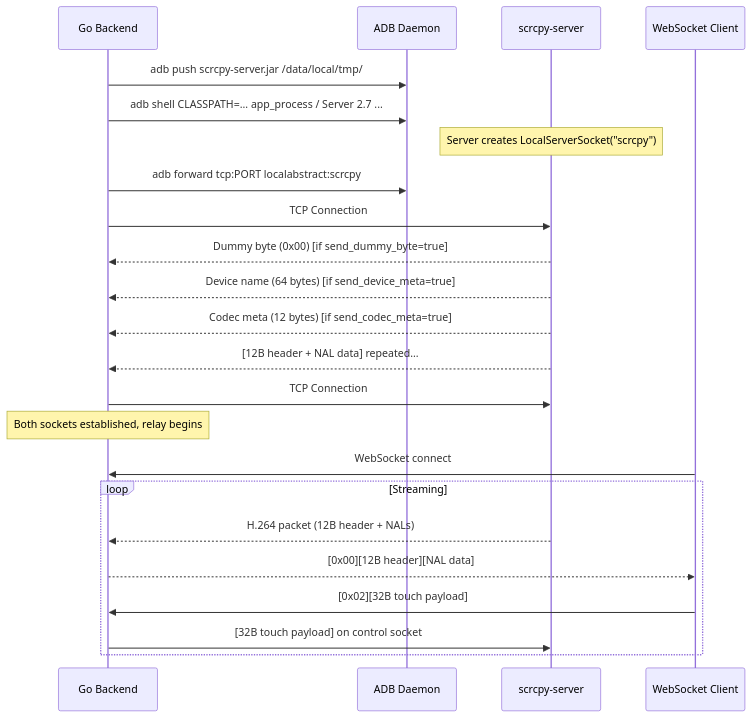
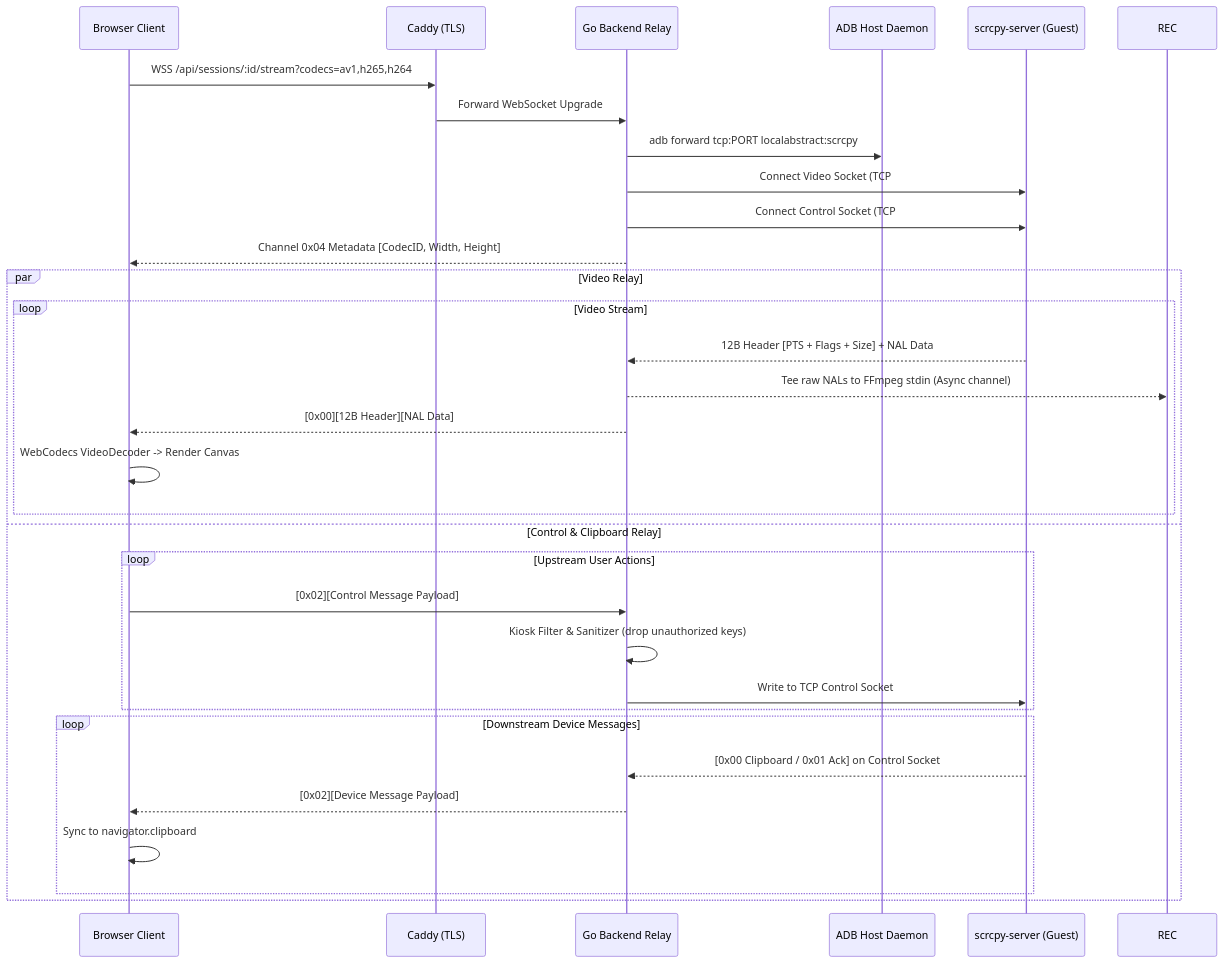
One commit to ayush-yadavv/android-browser-stream changed the second of 4 diagrams in IMPLEMENTATION_PLAN.md. Above: the diagram before and after it, drawn with Mermaid. The commit also changed other lines of this file and 81 other files, not shown here.

````diff
--- a/IMPLEMENTATION_PLAN.md
+++ b/IMPLEMENTATION_PLAN.md
@@ -77,29 +106,35 @@
 ```mermaid
 sequenceDiagram
-    participant Go as Go Backend
-    participant ADB as ADB Daemon
-    participant Scrcpy as scrcpy-server
-    participant WS as WebSocket Client
+    participant Browser as Browser Client
+    participant Caddy as Caddy (TLS)
+    participant Go as Go Backend Relay
+    participant ADB as ADB Host Daemon
+    participant Scrcpy as scrcpy-server (Guest)
 
-    Go->>ADB: adb push scrcpy-server.jar /data/local/tmp/
-    Go->>ADB: adb shell CLASSPATH=... app_process / Server 2.7 ...
-    Note over Scrcpy: Server creates LocalServerSocket("scrcpy")
+    Browser->>Caddy: WSS /api/sessions/:id/stream?codecs=av1,h265,h264
+    Caddy->>Go: Forward WebSocket Upgrade
     Go->>ADB: adb forward tcp:PORT localabstract:scrcpy
-
-    Go->>Scrcpy: TCP Connection #1 (Video Socket)
-    Scrcpy-->>Go: Dummy byte (0x00) [if send_dummy_byte=true]
-    Scrcpy-->>Go: Device name (64 bytes) [if send_device_meta=true]
-    Scrcpy-->>Go: Codec meta (12 bytes) [if send_codec_meta=true]
-    Scrcpy-->>Go: [12B header + NAL data] repeated...
-
-    Go->>Scrcpy: TCP Connection #2 (Control Socket)
-    Note over Go: Both sockets established, relay begins
-
-    WS->>Go: WebSocket connect
-    loop Streaming
-        Scrcpy-->>Go: H.264 packet (12B header + NALs)
-        Go-->>WS: [0x00][12B header][NAL data]
-        WS->>Go: [0x02][32B touch payload]
-        Go->>Scrcpy: [32B touch payload] on control socket
+    Go->>Scrcpy: Connect Video Socket (TCP #1)
+    Go->>Scrcpy: Connect Control Socket (TCP #2)
+    Go-->>Browser: Channel 0x04 Metadata [CodecID, Width, Height]
+    
+    par Video Relay
+        loop Video Stream
+            Scrcpy-->>Go: 12B Header [PTS + Flags + Size] + NAL Data
+            Go-->>REC: Tee raw NALs to FFmpeg stdin (Async channel)
+            Go-->>Browser: [0x00][12B Header][NAL Data]
+            Browser->>Browser: WebCodecs VideoDecoder -> Render Canvas
+        end
+    and Control & Clipboard Relay
+        loop Upstream User Actions
+            Browser->>Go: [0x02][Control Message Payload]
+            Go->>Go: Kiosk Filter & Sanitizer (drop unauthorized keys)
+            Go->>Scrcpy: Write to TCP Control Socket
+        end
+        loop Downstream Device Messages
+            Scrcpy-->>Go: [0x00 Clipboard / 0x01 Ack] on Control Socket
+            Go-->>Browser: [0x02][Device Message Payload]
+            Browser->>Browser: Sync to navigator.clipboard
+        end
     end
 ```
````
